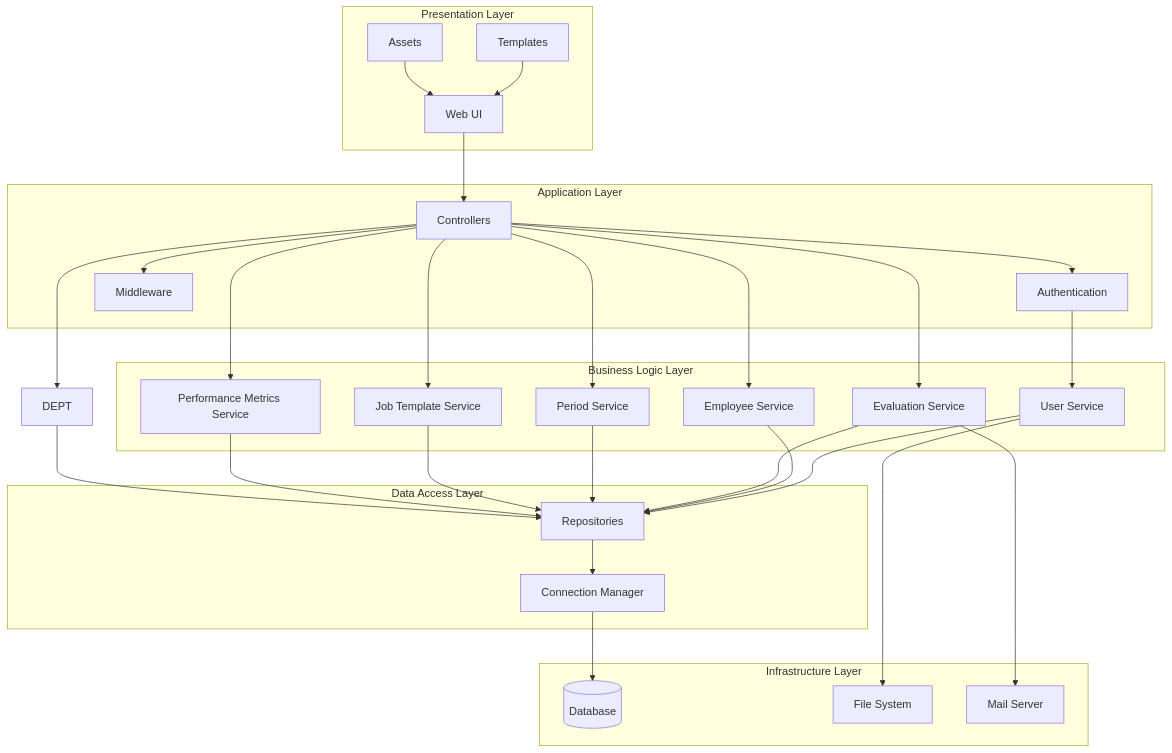
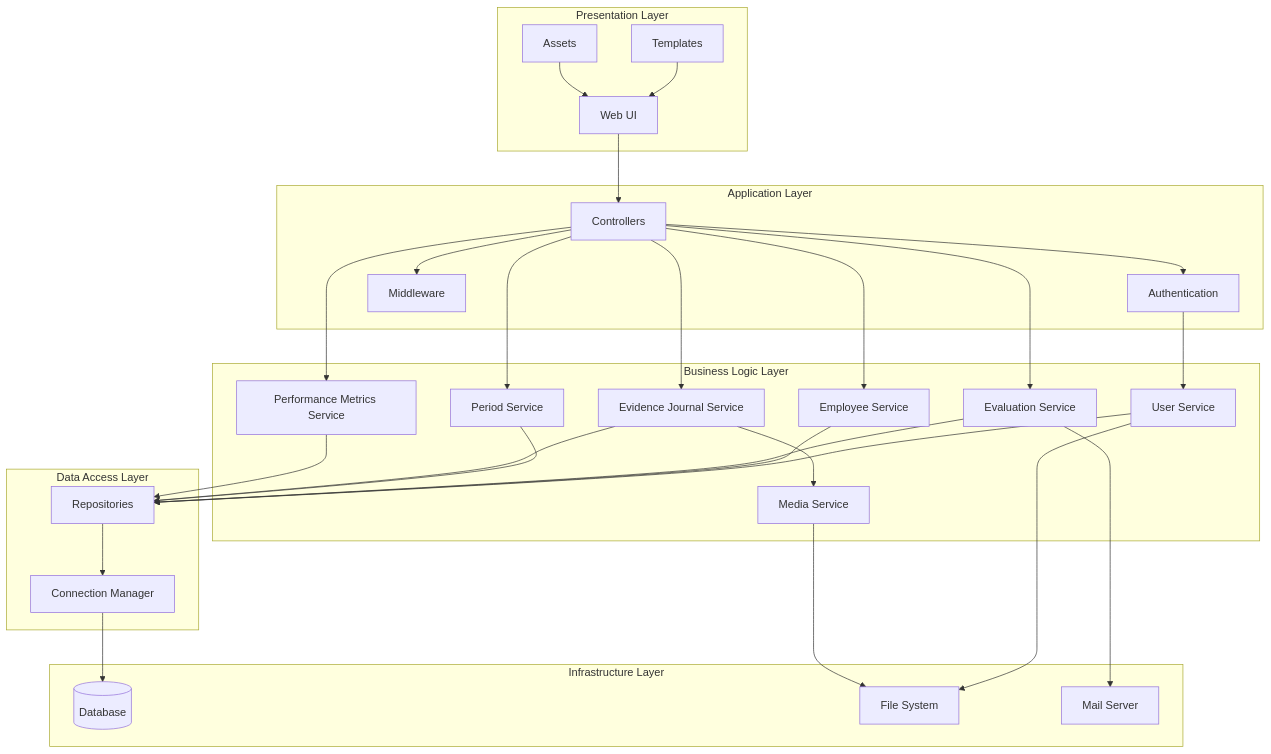
The second of 9 diagrams in docs/ARCHITECTURE_DESIGN.md (rascazzione/Universal-Development-HR-Sytem), drawn with Mermaid before and after one commit. The commit also changed other lines of this file and 19 other files, not shown here.

````diff
--- a/docs/ARCHITECTURE_DESIGN.md
+++ b/docs/ARCHITECTURE_DESIGN.md
@@ -274,58 +290,59 @@
 ```mermaid
 graph TD
     subgraph "Presentation Layer"
         UI[Web UI]
         TMPL[Templates]
         ASSETS[Assets]
     end
     
     subgraph "Application Layer"
         AUTH[Authentication]
         CTRL[Controllers]
         MIDDLEWARE[Middleware]
     end
     
     subgraph "Business Logic Layer"
         USER[User Service]
         EMP[Employee Service]
         EVAL[Evaluation Service]
         PERIOD[Period Service]
-        JT[Job Template Service]
+        JOURNAL[Evidence Journal Service]
+        MEDIA[Media Service]
         METRICS[Performance Metrics Service]
     end
     
     subgraph "Data Access Layer"
         REPO[Repositories]
         CONN[Connection Manager]
     end
     
     subgraph "Infrastructure Layer"
         DB[(Database)]
         FS[File System]
         MAIL[Mail Server]
     end
     
     UI --> CTRL
     TMPL --> UI
     ASSETS --> UI
     CTRL --> AUTH
     CTRL --> MIDDLEWARE
     AUTH --> USER
     CTRL --> EMP
     CTRL --> EVAL
     CTRL --> PERIOD
-    CTRL --> JT
+    CTRL --> JOURNAL
     CTRL --> METRICS
-    CTRL --> DEPT
+    JOURNAL --> MEDIA
     USER --> REPO
     EMP --> REPO
     EVAL --> REPO
     PERIOD --> REPO
-    JT --> REPO
+    JOURNAL --> REPO
     METRICS --> REPO
-    DEPT --> REPO
     REPO --> CONN
     CONN --> DB
     USER --> FS
+    MEDIA --> FS
     EVAL --> MAIL
 ```
````
